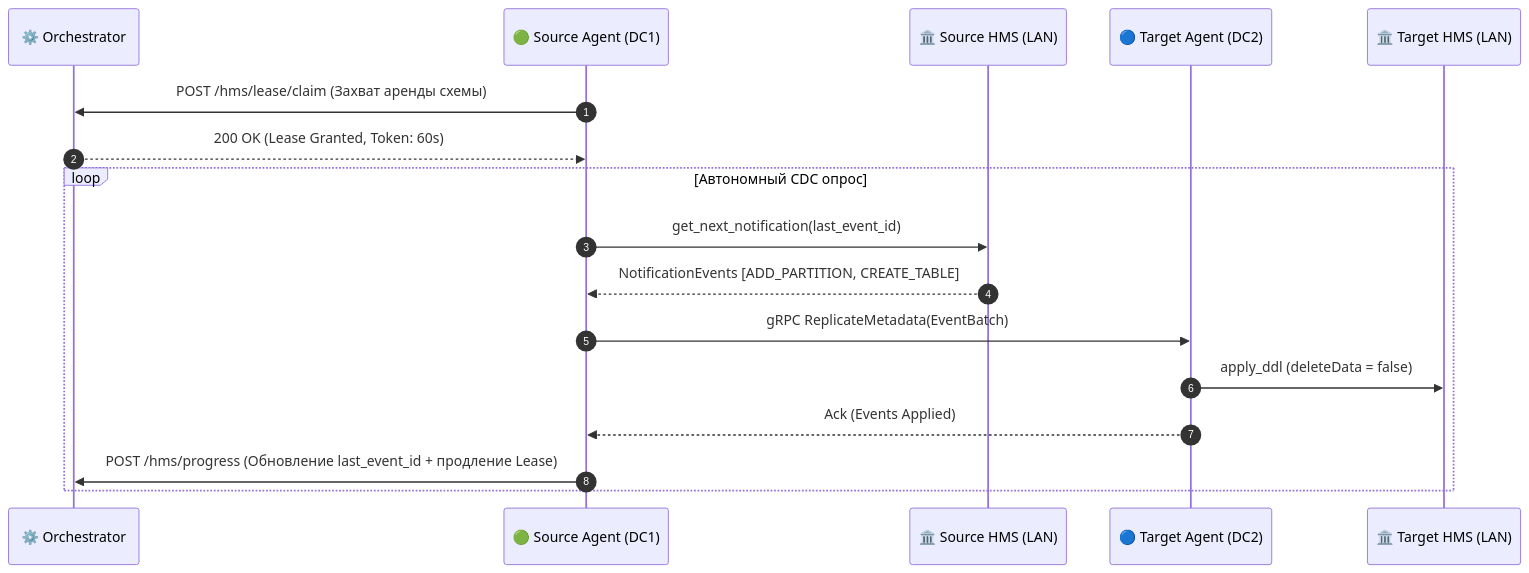
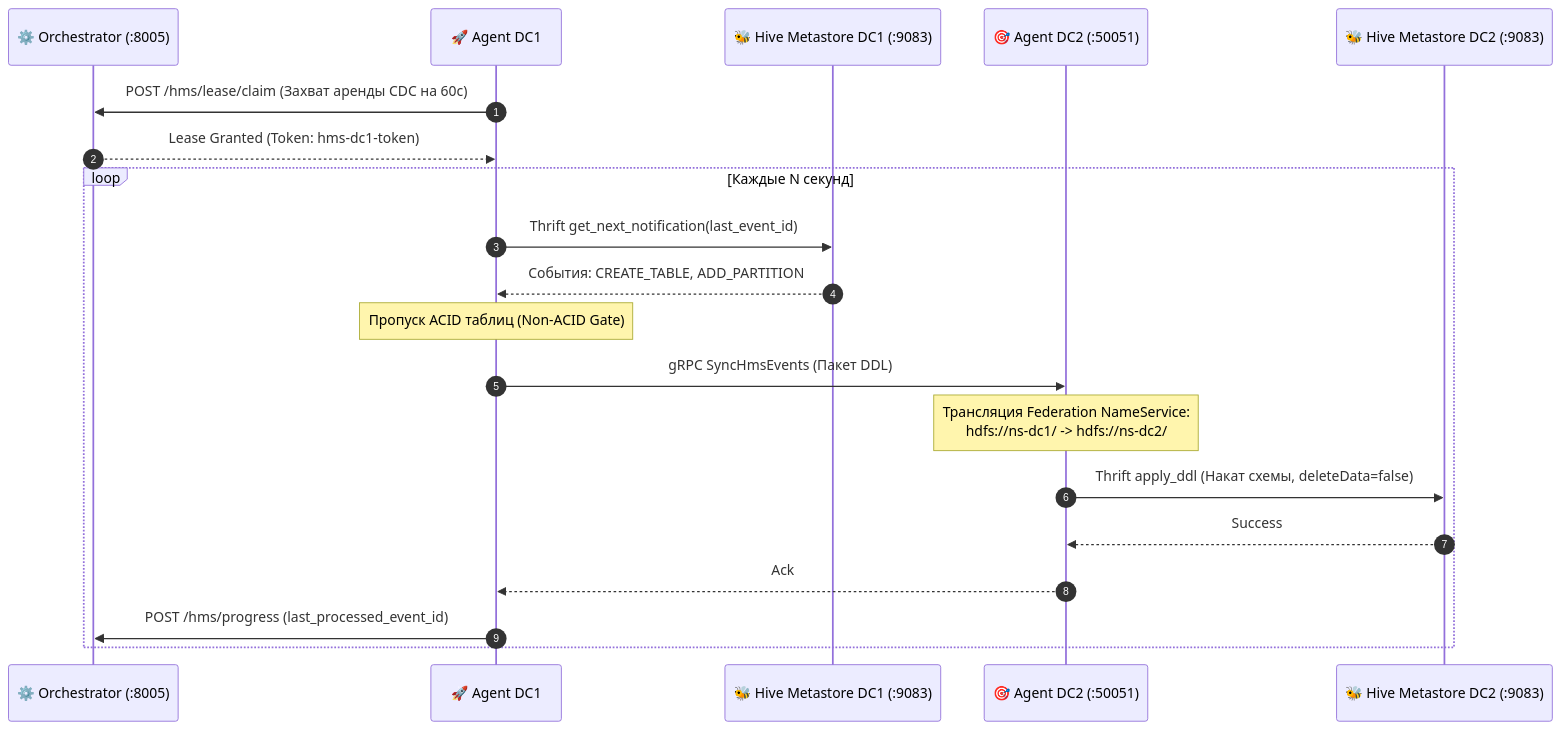
Before and after one commit to balookrd/hadoop-explorer: the second of 2 diagrams in docs/replicator-presentation.md, drawn with Mermaid. The commit also changed other lines of this file and 5 other files, not shown here.

Commit message:
docs(replicator): add deployment and traffic architecture diagram and revamp presentation

````diff
--- a/docs/replicator-presentation.md
+++ b/docs/replicator-presentation.md
@@ -223,21 +185,24 @@
 ```mermaid
 sequenceDiagram
     autonumber
-    participant Orch as ⚙️ Orchestrator
-    participant SrcAgent as 🟢 Source Agent (DC1)
-    participant SrcHMS as 🏛️ Source HMS (LAN)
-    participant TgtAgent as 🔵 Target Agent (DC2)
-    participant TgtHMS as 🏛️ Target HMS (LAN)
+    participant Orch as ⚙️ Orchestrator (:8005)
+    participant A1 as 🚀 Agent DC1
+    participant HMS1 as 🐝 Hive Metastore DC1 (:9083)
+    participant A2 as 🎯 Agent DC2 (:50051)
+    participant HMS2 as 🐝 Hive Metastore DC2 (:9083)
 
-    SrcAgent->>Orch: POST /hms/lease/claim (Захват аренды схемы)
-    Orch-->>SrcAgent: 200 OK (Lease Granted, Token: 60s)
+    A1->>Orch: POST /hms/lease/claim (Захват аренды CDC на 60с)
+    Orch-->>A1: Lease Granted (Token: hms-dc1-token)
     
-    loop Автономный CDC опрос
-        SrcAgent->>SrcHMS: get_next_notification(last_event_id)
-        SrcHMS-->>SrcAgent: NotificationEvents [ADD_PARTITION, CREATE_TABLE]
-        SrcAgent->>TgtAgent: gRPC ReplicateMetadata(EventBatch)
-        TgtAgent->>TgtHMS: apply_ddl (deleteData = false)
-        TgtAgent-->>SrcAgent: Ack (Events Applied)
-        SrcAgent->>Orch: POST /hms/progress (Обновление last_event_id + продление Lease)
+    loop Каждые N секунд
+        A1->>HMS1: Thrift get_next_notification(last_event_id)
+        HMS1-->>A1: События: CREATE_TABLE, ADD_PARTITION
+        Note over A1: Пропуск ACID таблиц (Non-ACID Gate)
+        A1->>A2: gRPC SyncHmsEvents (Пакет DDL)
+        Note over A2: Трансляция Federation NameService:<br/>hdfs://ns-dc1/ -> hdfs://ns-dc2/
+        A2->>HMS2: Thrift apply_ddl (Накат схемы, deleteData=false)
+        HMS2-->>A2: Success
+        A2-->>A1: Ack
+        A1->>Orch: POST /hms/progress (last_processed_event_id)
     end
 ```
````
